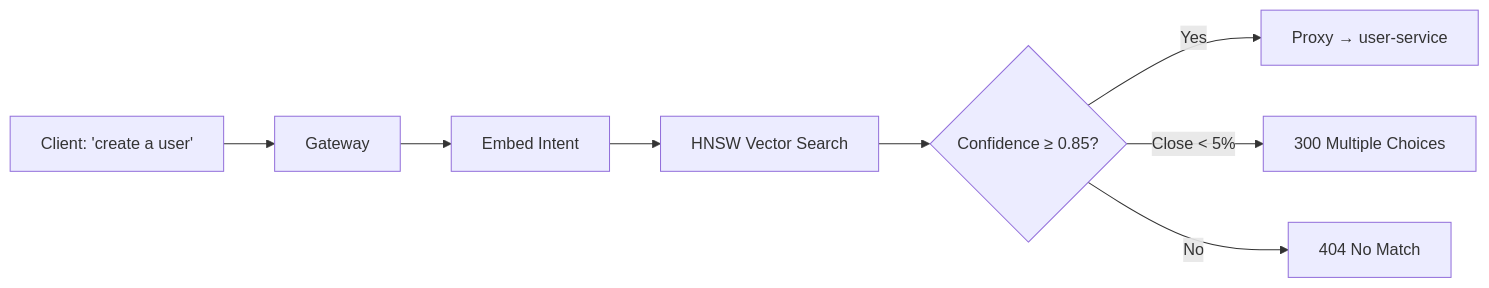
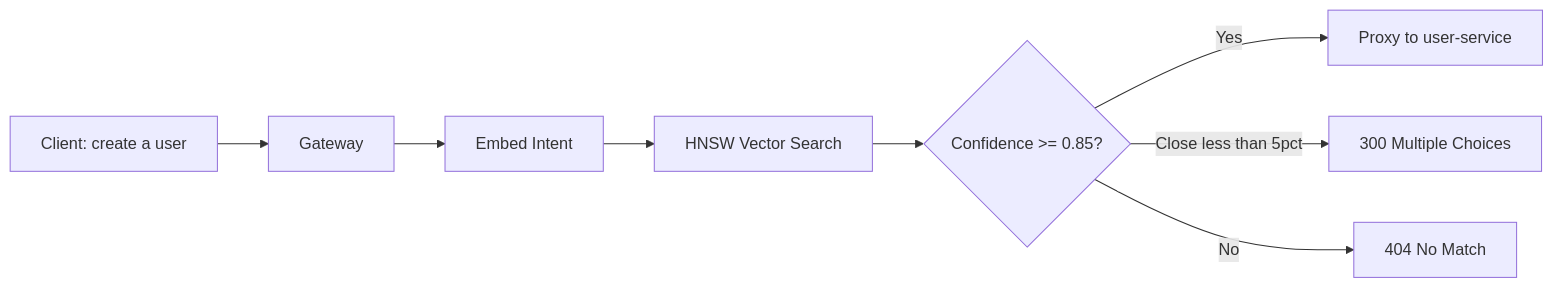
Before and after one commit to jmiranda-sre/Semantic-API-Gateway-Router: the first of 2 diagrams in README.md, drawn with Mermaid. The commit also changed other lines of this file and 1 other file, not shown here.

First line of the commit message:
fix: sanitize all mermaid diagrams for github rendering

````diff
--- a/README.md
+++ b/README.md
@@ -21,10 +21,10 @@
 ```mermaid
 graph LR
-    A[Client: 'create a user'] --> B[Gateway]
-    B --> C[Embed Intent]
-    C --> D[HNSW Vector Search]
-    D --> E{Confidence ≥ 0.85?}
-    E -->|Yes| F[Proxy → user-service]
-    E -->|Close < 5%| G[300 Multiple Choices]
-    E -->|No| H[404 No Match]
+    A["Client: create a user"] --> B["Gateway"]
+    B --> C["Embed Intent"]
+    C --> D["HNSW Vector Search"]
+    D --> E{"Confidence >= 0.85?"}
+    E -->|Yes| F["Proxy to user-service"]
+    E -->|Close less than 5pct| G["300 Multiple Choices"]
+    E -->|No| H["404 No Match"]
 ```
````
